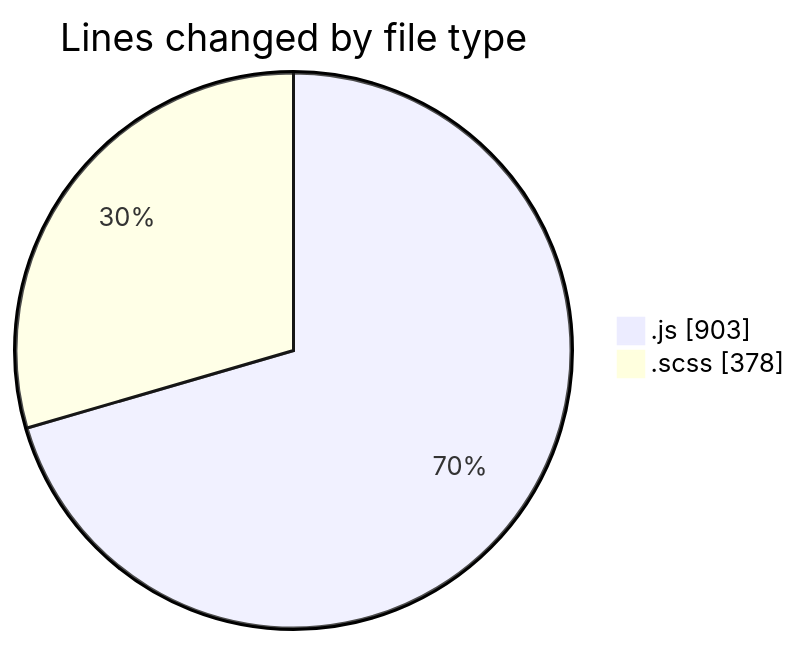
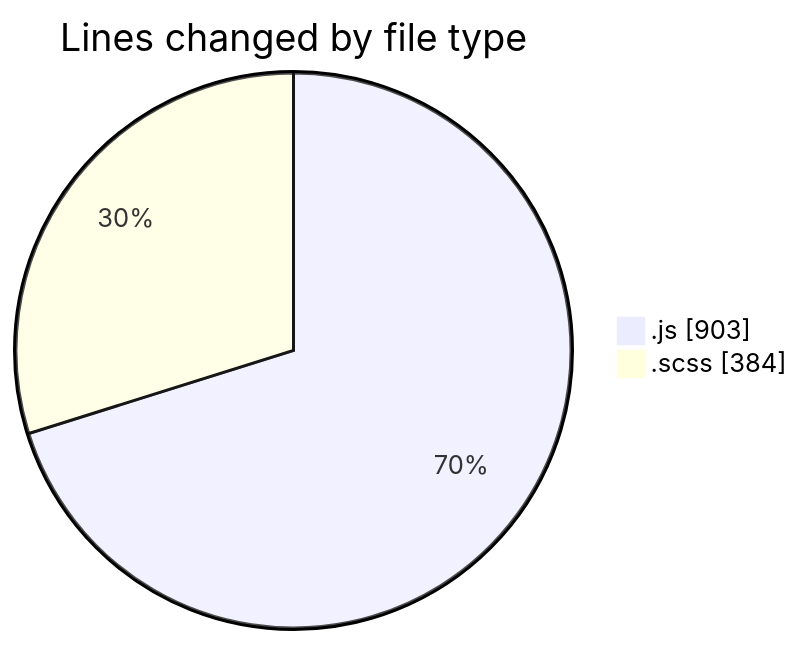
The first of 2 diagrams in 2026-01-05/cda/README.md (momahboobian/code-tracking), drawn with Mermaid before and after one commit. The commit also changed other lines of this file and 1 other file, not shown here.

````diff
--- a/2026-01-05/cda/README.md
+++ b/2026-01-05/cda/README.md
@@ -27,6 +27,6 @@
 ```mermaid
 pie showData
 title Lines changed by file type
 ".js" : 903
-".scss" : 378
+".scss" : 384
 ```
````
